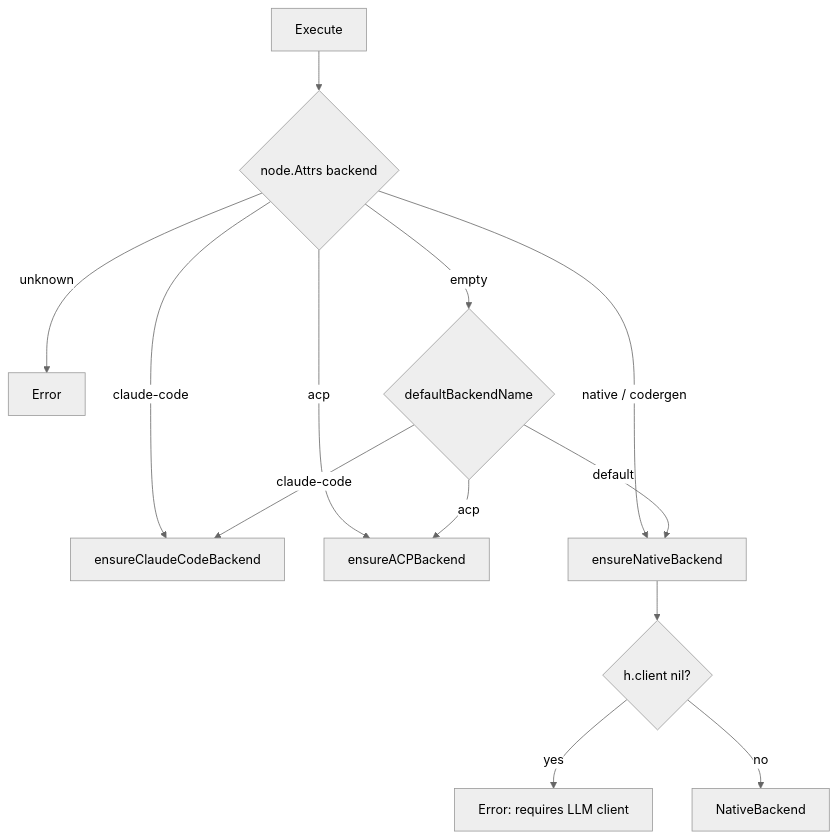
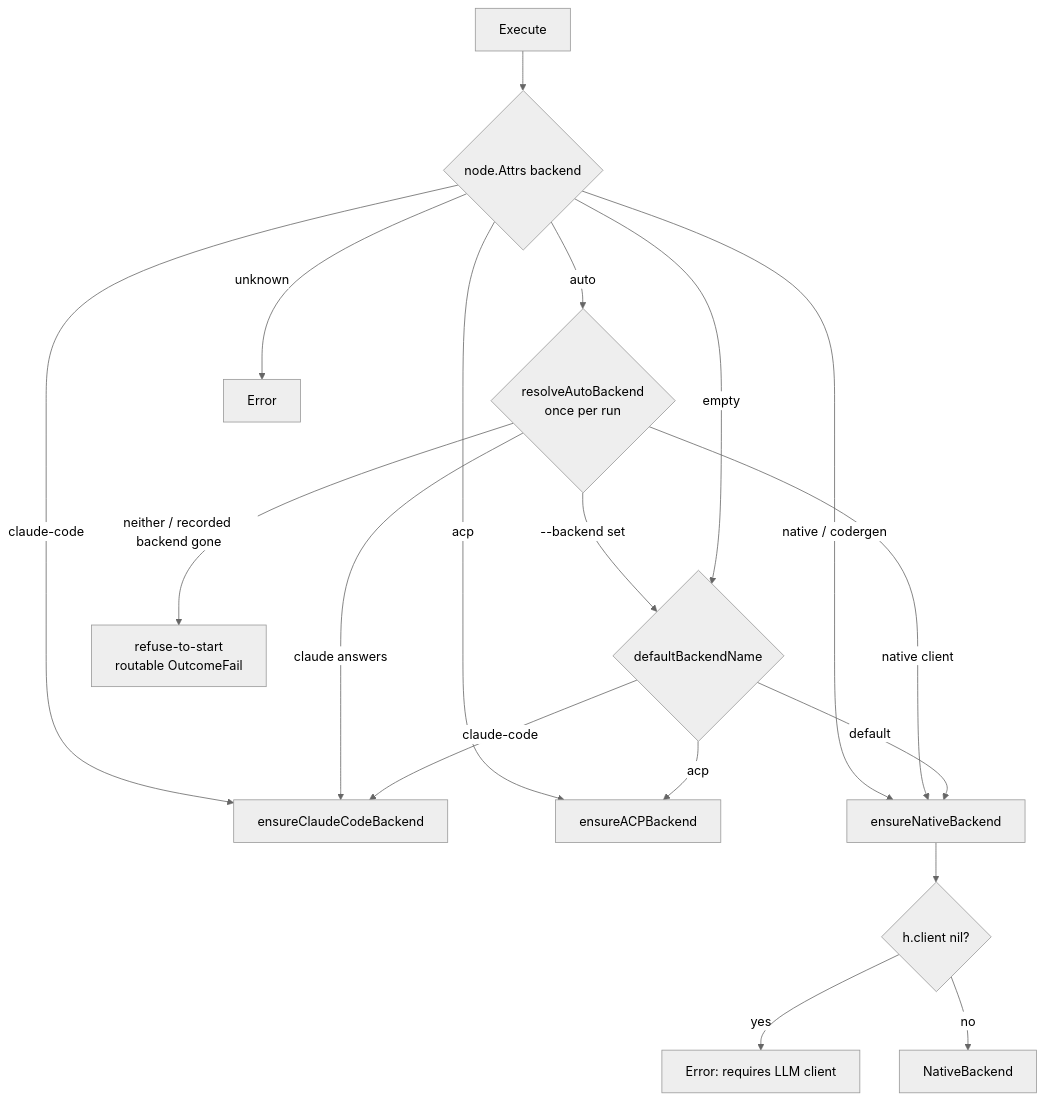
One commit to 2389-research/tracker changed the first of 2 diagrams in docs/architecture/handlers/codergen.md. Above: the diagram before and after it, drawn with Mermaid (neutral theme). The commit also changed other lines of this file and 23 other files, not shown here.

````diff
--- a/docs/architecture/handlers/codergen.md
+++ b/docs/architecture/handlers/codergen.md
@@ -59,15 +59,20 @@
 ```mermaid
 flowchart TD
     A[Execute] --> B{node.Attrs backend}
     B -->|claude-code| CC[ensureClaudeCodeBackend]
     B -->|acp| AP[ensureACPBackend]
     B -->|native / codergen| NV[ensureNativeBackend]
+    B -->|auto| AU{resolveAutoBackend<br/>once per run}
+    AU -->|--backend set| G
+    AU -->|claude answers| CC
+    AU -->|native client| NV
+    AU -->|neither / recorded backend gone| RF[refuse-to-start<br/>routable OutcomeFail]
     B -->|unknown| ER[Error]
     B -->|empty| G{defaultBackendName}
     G -->|claude-code| CC
     G -->|acp| AP
     G -->|default| NV
     NV --> NC{h.client nil?}
     NC -->|yes| NER[Error: requires LLM client]
     NC -->|no| NB[NativeBackend]
 ```
````
